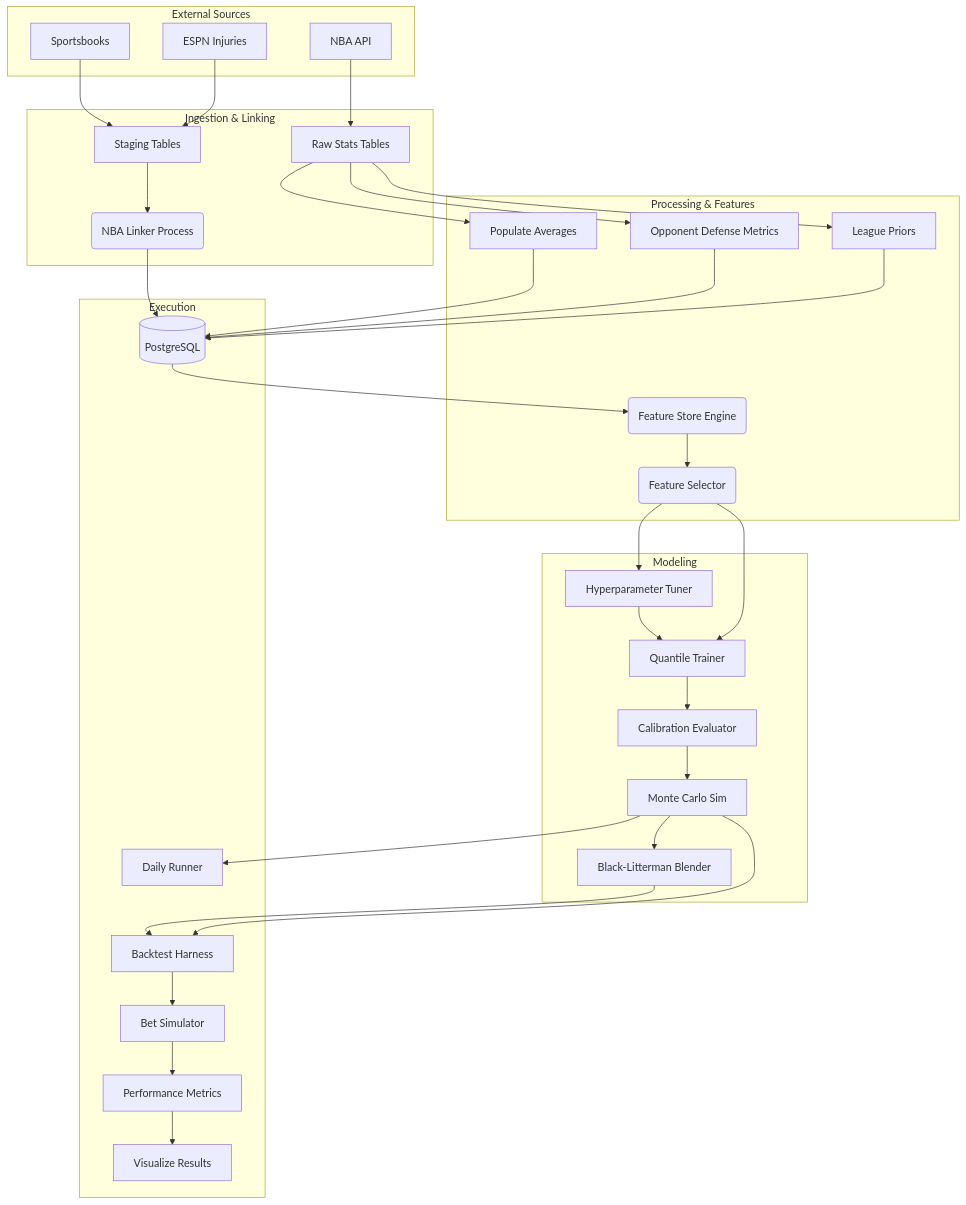
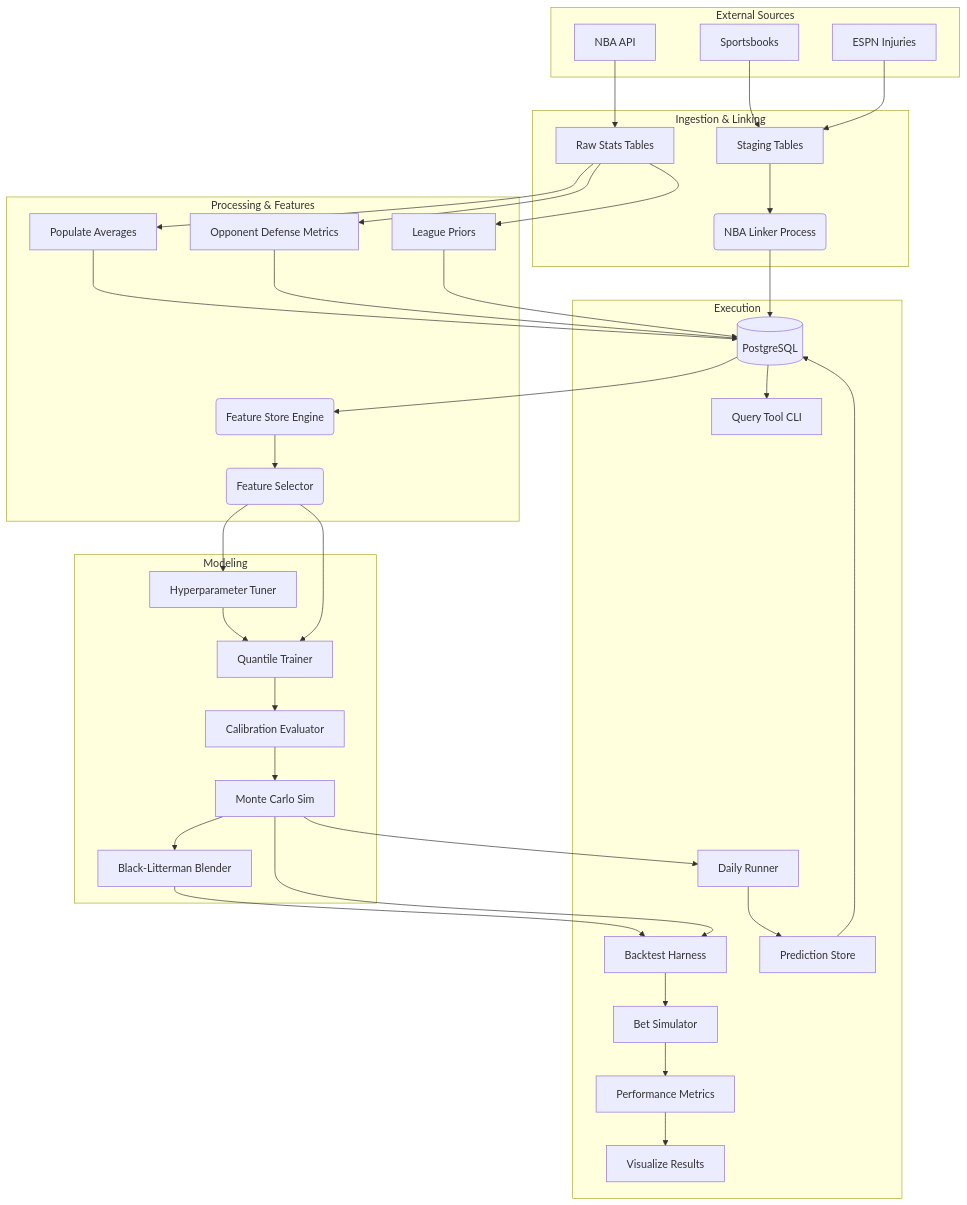
The diagram in ARCHITECTURE.md (ChaseGuelette/GameFlowData), drawn with Mermaid before and after one commit. The commit also changed other lines of this file and 16 other files, not shown here.

````diff
--- a/ARCHITECTURE.md
+++ b/ARCHITECTURE.md
@@ -293,66 +327,71 @@
 ```mermaid
 graph TD
     subgraph "External Sources"
         NBA[NBA API]
         Odds[Sportsbooks]
         ESPN[ESPN Injuries]
     end
 
     subgraph "Ingestion & Linking"
         RawStats[Raw Stats Tables]
         Staging[Staging Tables]
         Linker(NBA Linker Process)
     end
 
     subgraph "Processing & Features"
         AvgStats[Populate Averages]
         DefMetrics[Opponent Defense Metrics]
         Priors[League Priors]
         FeatStore(Feature Store Engine)
         FeatSelect(Feature Selector)
     end
 
     subgraph "Modeling"
         HPO[Hyperparameter Tuner]
         Trainer[Quantile Trainer]
         Calibrator[Calibration Evaluator]
         MC[Monte Carlo Sim]
         BL[Black-Litterman Blender]
     end
 
     subgraph "Execution"
         Backtest[Backtest Harness]
         BetSim[Bet Simulator]
         PerfMetrics[Performance Metrics]
         Daily[Daily Runner]
+        PredStore[Prediction Store]
+        QueryTool[Query Tool CLI]
         Viz[Visualize Results]
         DB[(PostgreSQL)]
     end
 
     NBA --> RawStats
     Odds --> Staging
     ESPN --> Staging
     RawStats --> AvgStats
     RawStats --> DefMetrics
     RawStats --> Priors
     Staging --> Linker
     Linker --> DB
     AvgStats --> DB
     DefMetrics --> DB
     Priors --> DB
 
     DB --> FeatStore
     FeatStore --> FeatSelect
     FeatSelect --> HPO
     HPO --> Trainer
     FeatSelect --> Trainer
     Trainer --> Calibrator
     Calibrator --> MC
     MC --> Daily
     MC --> BL
     BL --> Backtest
     MC --> Backtest
+    Daily --> PredStore
+    PredStore --> DB
+    DB --> QueryTool
     Backtest --> BetSim
     BetSim --> PerfMetrics
     PerfMetrics --> Viz
 ```
````
